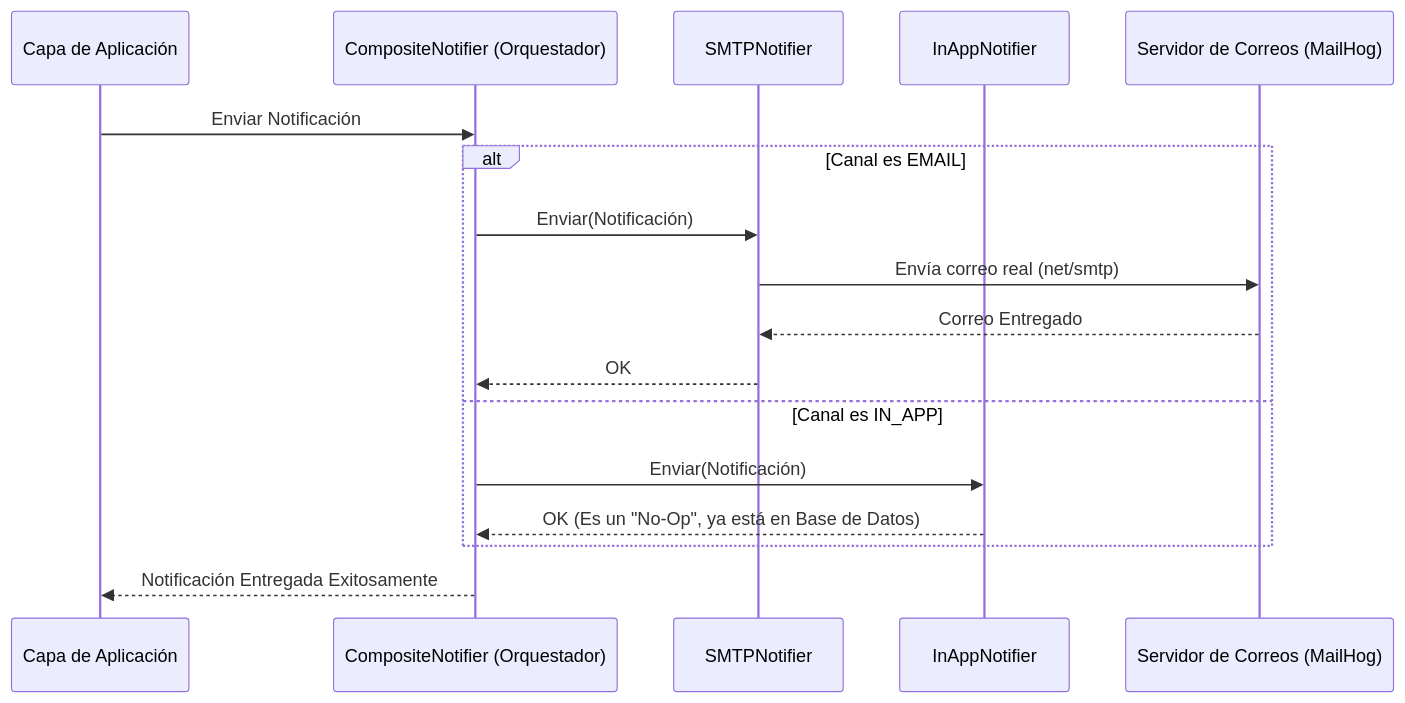
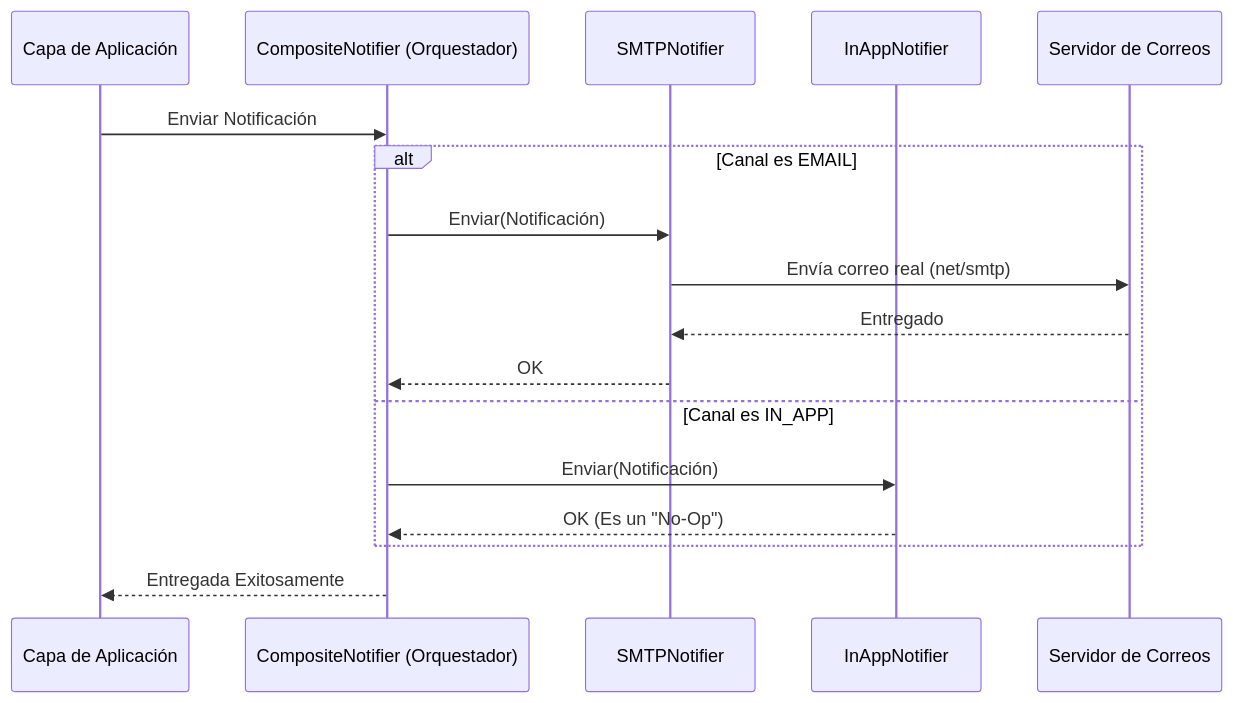
Before and after one commit to Entregables-Jesus-Ariel/evidencias-notification-service: the diagram in tasks-vanessaperdomo/HU-NOTIF-003.md, drawn with Mermaid. The commit also changed other lines of this file and 6 other files, not shown here.

````diff
--- a/tasks-vanessaperdomo/HU-NOTIF-003.md
+++ b/tasks-vanessaperdomo/HU-NOTIF-003.md
@@ -18,22 +15,22 @@
 ```mermaid
 sequenceDiagram
     participant Lógica as Capa de Aplicación
     participant Composite as CompositeNotifier (Orquestador)
     participant SMTP as SMTPNotifier
     participant InApp as InAppNotifier
-    participant MailHog as Servidor de Correos (MailHog)
+    participant MailHog as Servidor de Correos
 
     Lógica->>Composite: Enviar Notificación
     
     alt Canal es EMAIL
         Composite->>SMTP: Enviar(Notificación)
         SMTP->>MailHog: Envía correo real (net/smtp)
-        MailHog-->>SMTP: Correo Entregado
+        MailHog-->>SMTP: Entregado
         SMTP-->>Composite: OK
     else Canal es IN_APP
         Composite->>InApp: Enviar(Notificación)
-        InApp-->>Composite: OK (Es un "No-Op", ya está en Base de Datos)
+        InApp-->>Composite: OK (Es un "No-Op")
     end
     
-    Composite-->>Lógica: Notificación Entregada Exitosamente
+    Composite-->>Lógica: Entregada Exitosamente
 ```
````
